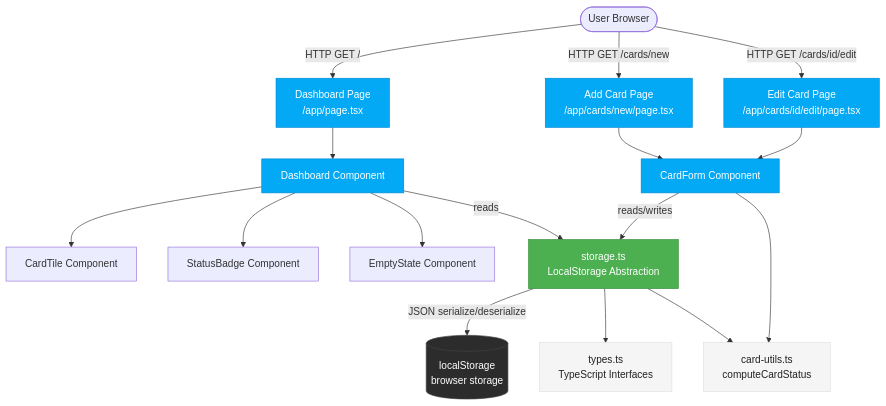
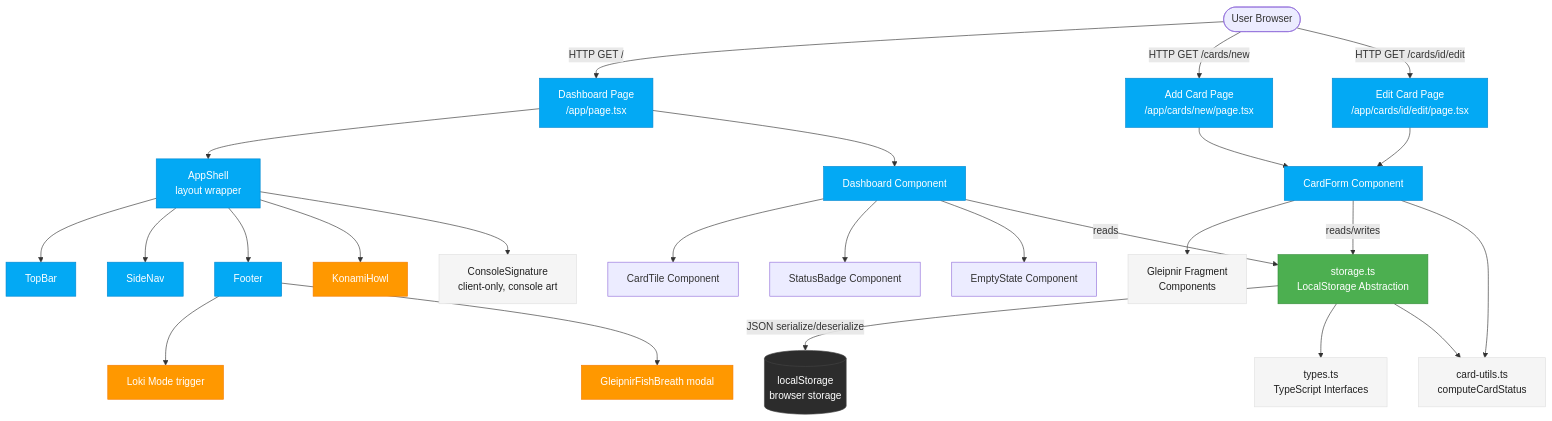
The first of 5 diagrams in architecture/system-design.md (declanshanaghy/fenrir-ledger), drawn with Mermaid before and after one commit. The commit also changed other lines of this file and 3 other files, not shown here.

First line of the commit message:
doc-sync: update architecture/ docs to Sprint 2 delivered state

````diff
--- a/architecture/system-design.md
+++ b/architecture/system-design.md
@@ -13,43 +13,67 @@
 ```mermaid
 graph TD
     classDef primary fill:#03A9F4,stroke:#0288D1,color:#FFF
     classDef neutral fill:#F5F5F5,stroke:#E0E0E0,color:#212121
     classDef healthy fill:#4CAF50,stroke:#388E3C,color:#FFF
     classDef warning fill:#FF9800,stroke:#F57C00,color:#FFF
     classDef background fill:#2C2C2C,stroke:#444,color:#FFF
 
     %% Entry points
     browser([User Browser]) -->|HTTP GET /| dashpage[Dashboard Page\n/app/page.tsx]
     browser -->|HTTP GET /cards/new| newpage[Add Card Page\n/app/cards/new/page.tsx]
     browser -->|HTTP GET /cards/id/edit| editpage[Edit Card Page\n/app/cards/id/edit/page.tsx]
 
+    %% App shell
+    dashpage --> appshell[AppShell\nlayout wrapper]
+    appshell --> topbar[TopBar]
+    appshell --> sidenav[SideNav]
+    appshell --> footer[Footer]
+
     %% Dashboard page components
     dashpage --> dashboard[Dashboard Component]
     dashboard --> cardtile[CardTile Component]
     dashboard --> statusbadge[StatusBadge Component]
     dashboard --> emptyst[EmptyState Component]
 
     %% Form pages
     newpage --> cardform[CardForm Component]
     editpage --> cardform
+    cardform --> gleipnir[Gleipnir Fragment\nComponents]
+
+    %% Easter eggs
+    appshell --> konami[KonamiHowl]
+    footer --> lokimode[Loki Mode trigger]
+    footer --> fishbreath[GleipnirFishBreath modal]
+
+    %% Layout
+    appshell --> consolesig[ConsoleSignature\nclient-only, console art]
 
     %% Shared lib
     dashboard -->|reads| storage[storage.ts\nLocalStorage Abstraction]
     cardform -->|reads/writes| storage
     storage -->|JSON serialize/deserialize| ls[(localStorage\nbrowser storage)]
 
     %% Utilities
     storage --> types[types.ts\nTypeScript Interfaces]
     cardform --> cardutils[card-utils.ts\ncomputeCardStatus]
     storage --> cardutils
 
     class dashpage primary
     class newpage primary
     class editpage primary
     class dashboard primary
     class cardform primary
+    class appshell primary
+    class topbar primary
+    class sidenav primary
+    class footer primary
     class storage healthy
     class ls background
     class types neutral
     class cardutils neutral
+    class konami warning
+    class lokimode warning
+    class fishbreath warning
+    class consolesig neutral
+    class gleipnir neutral
 ```
````
